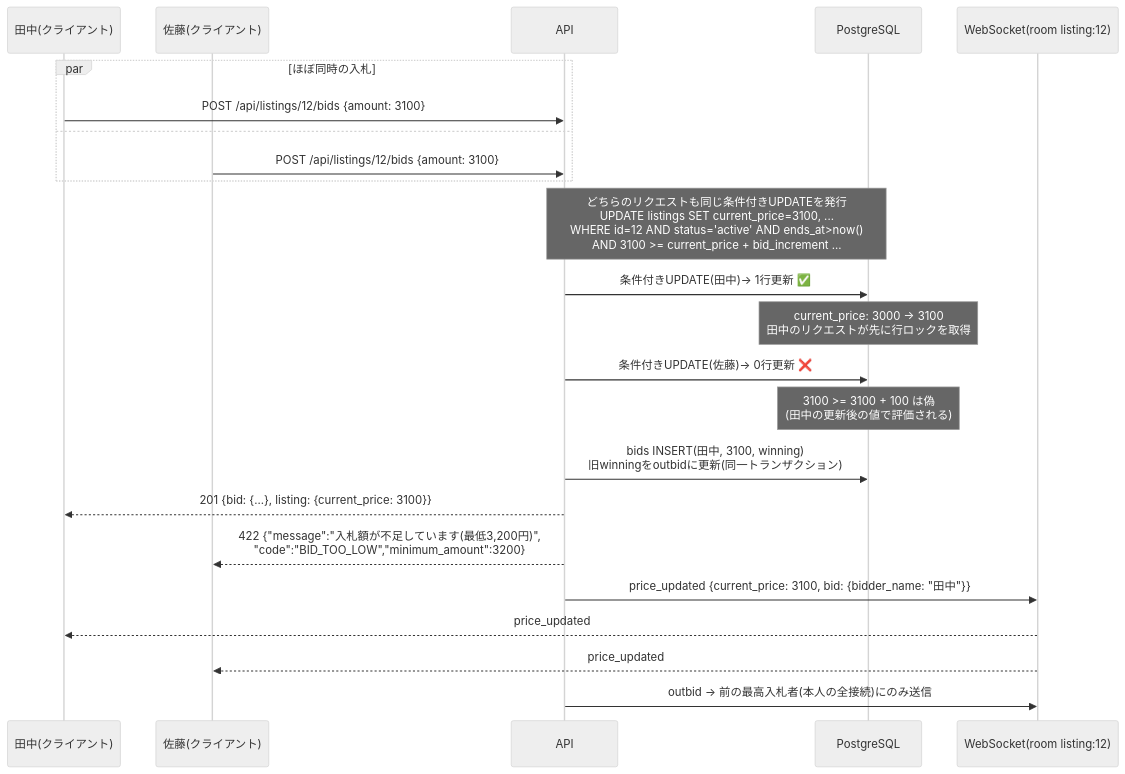
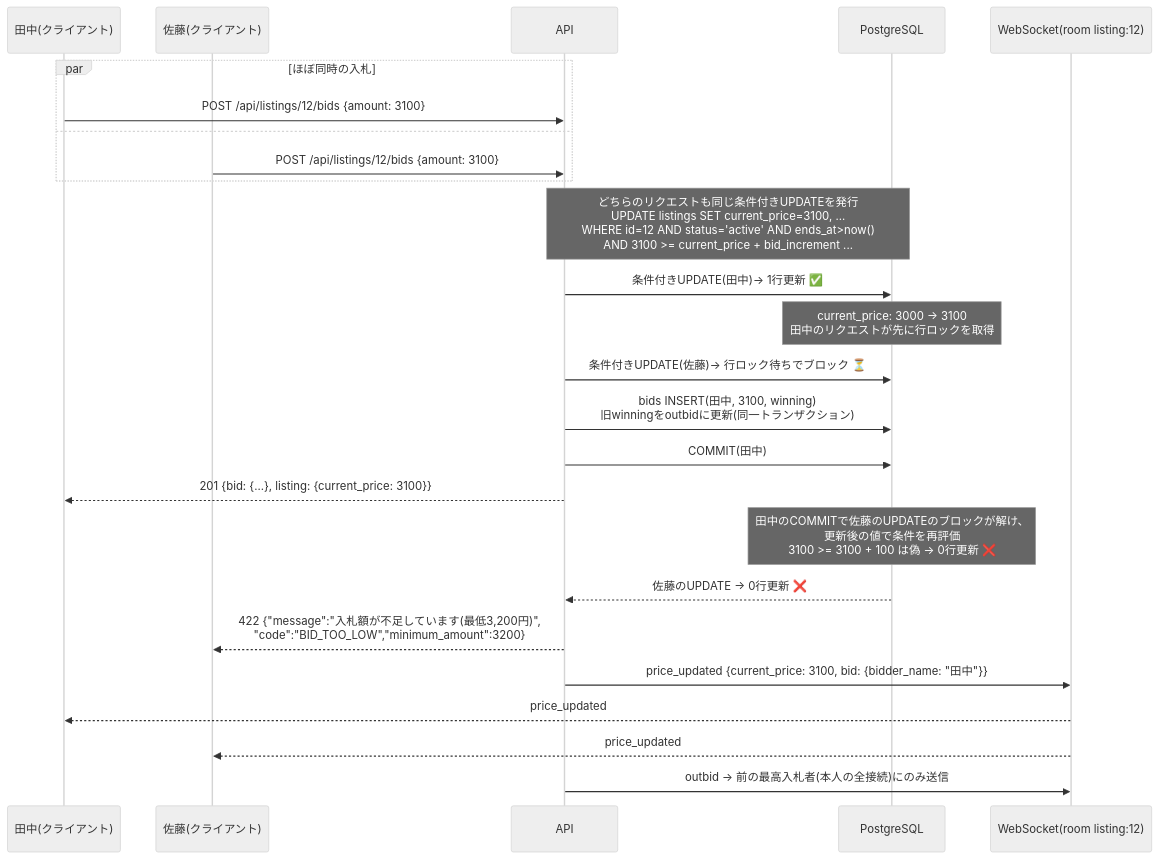
One commit to dik-ab/curriculum-project-realtime-auction changed the second of 2 diagrams in docs/screens.md. Above: the diagram before and after it, drawn with Mermaid (neutral theme). The commit also changed other lines of this file and 9 other files, not shown here.

````diff
--- a/docs/screens.md
+++ b/docs/screens.md
@@ -61,30 +61,31 @@
 ```mermaid
 sequenceDiagram
     participant T as 田中(クライアント)
     participant S as 佐藤(クライアント)
     participant A as API
     participant DB as PostgreSQL
     participant WS as WebSocket(room listing:12)
 
     par ほぼ同時の入札
         T->>A: POST /api/listings/12/bids {amount: 3100}
     and
         S->>A: POST /api/listings/12/bids {amount: 3100}
     end
 
     Note over A,DB: どちらのリクエストも同じ条件付きUPDATEを発行<br/>UPDATE listings SET current_price=3100, ...<br/>WHERE id=12 AND status='active' AND ends_at>now()<br/>AND 3100 >= current_price + bid_increment ...
 
     A->>DB: 条件付きUPDATE(田中)→ 1行更新 ✅
     Note over DB: current_price: 3000 → 3100<br/>田中のリクエストが先に行ロックを取得
-    A->>DB: 条件付きUPDATE(佐藤)→ 0行更新 ❌
-    Note over DB: 3100 >= 3100 + 100 は偽<br/>(田中の更新後の値で評価される)
-
+    A->>DB: 条件付きUPDATE(佐藤)→ 行ロック待ちでブロック ⏳
     A->>DB: bids INSERT(田中, 3100, winning)<br/>旧winningをoutbidに更新(同一トランザクション)
+    A->>DB: COMMIT(田中)
     A-->>T: 201 {bid: {...}, listing: {current_price: 3100}}
+    Note over DB: 田中のCOMMITで佐藤のUPDATEのブロックが解け、<br/>更新後の値で条件を再評価<br/>3100 >= 3100 + 100 は偽 → 0行更新 ❌
+    DB-->>A: 佐藤のUPDATE → 0行更新 ❌
     A-->>S: 422 {"message":"入札額が不足しています(最低3,200円)",<br/>"code":"BID_TOO_LOW","minimum_amount":3200}
 
     A->>WS: price_updated {current_price: 3100, bid: {bidder_name: "田中"}}
     WS-->>T: price_updated
     WS-->>S: price_updated
     A->>WS: outbid → 前の最高入札者(本人の全接続)にのみ送信
 ```
````
